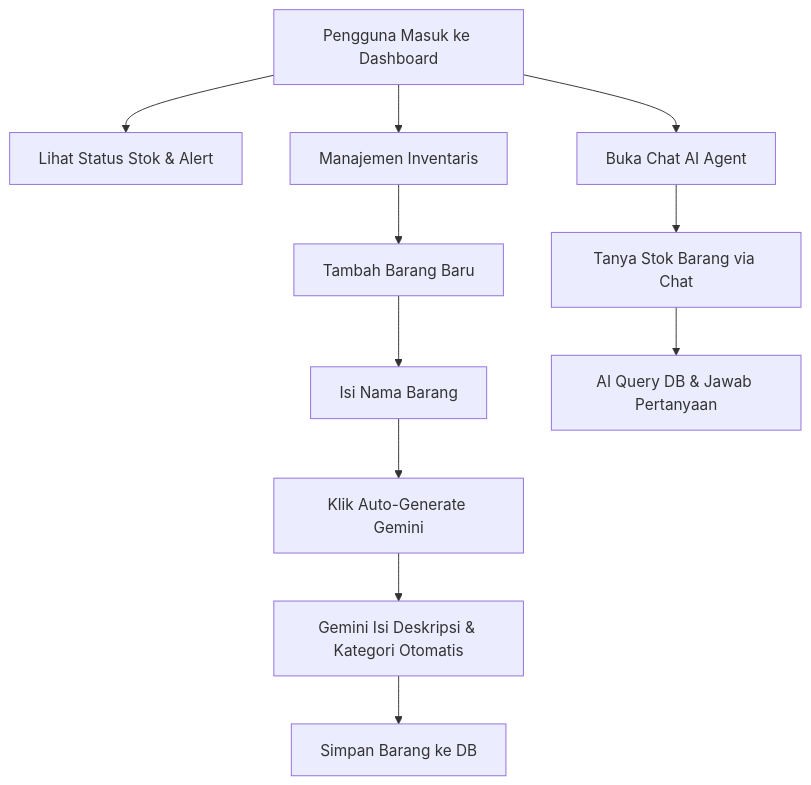
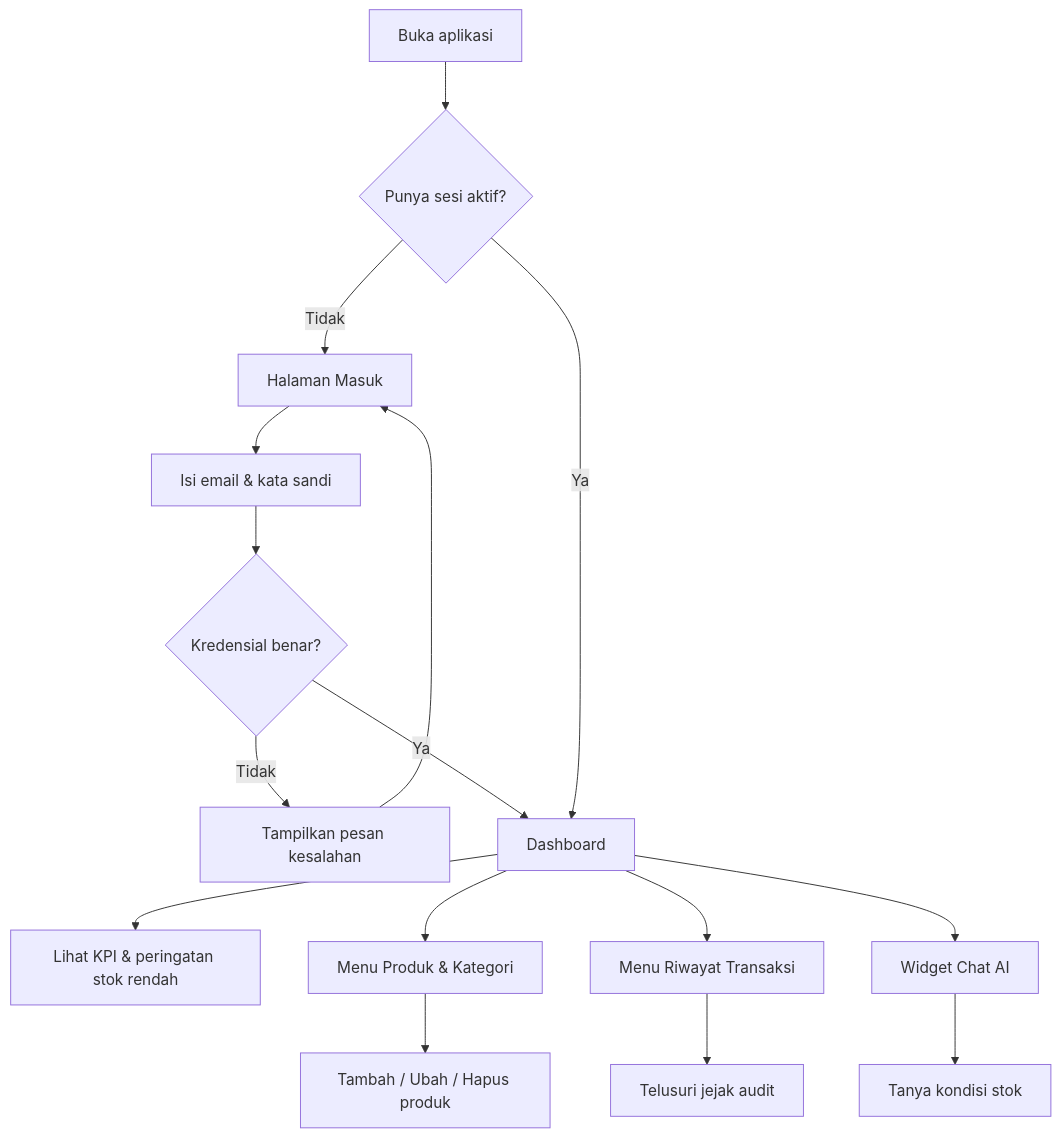
Before and after one commit to reyfuu/inventory: the first of 3 diagrams in docs/PRD.md, drawn with Mermaid. The commit also changed other lines of this file and 4 other files, not shown here.

````diff
--- a/docs/PRD.md
+++ b/docs/PRD.md
@@ -42,13 +152,20 @@
 ```mermaid
 graph TD
-    A[Pengguna Masuk ke Dashboard] --> B[Lihat Status Stok & Alert]
-    A --> C[Manajemen Inventaris]
-    C --> D[Tambah Barang Baru]
-    D --> E[Isi Nama Barang]
-    E --> F[Klik Auto-Generate Gemini]
-    F --> G[Gemini Isi Deskripsi & Kategori Otomatis]
-    G --> H[Simpan Barang ke DB]
-    A --> I[Buka Chat AI Agent]
-    I --> J[Tanya Stok Barang via Chat]
-    J --> K[AI Query DB & Jawab Pertanyaan]
+    A[Buka aplikasi] --> B{Punya sesi aktif?}
+    B -- Tidak --> C[Halaman Masuk]
+    C --> D[Isi email & kata sandi]
+    D --> E{Kredensial benar?}
+    E -- Tidak --> F[Tampilkan pesan kesalahan]
+    F --> C
+    E -- Ya --> G[Dashboard]
+    B -- Ya --> G
+
+    G --> H[Lihat KPI & peringatan stok rendah]
+    G --> I[Menu Produk & Kategori]
+    G --> J[Menu Riwayat Transaksi]
+    G --> K[Widget Chat AI]
+
+    I --> L[Tambah / Ubah / Hapus produk]
+    J --> M[Telusuri jejak audit]
+    K --> N[Tanya kondisi stok]
 ```
````
